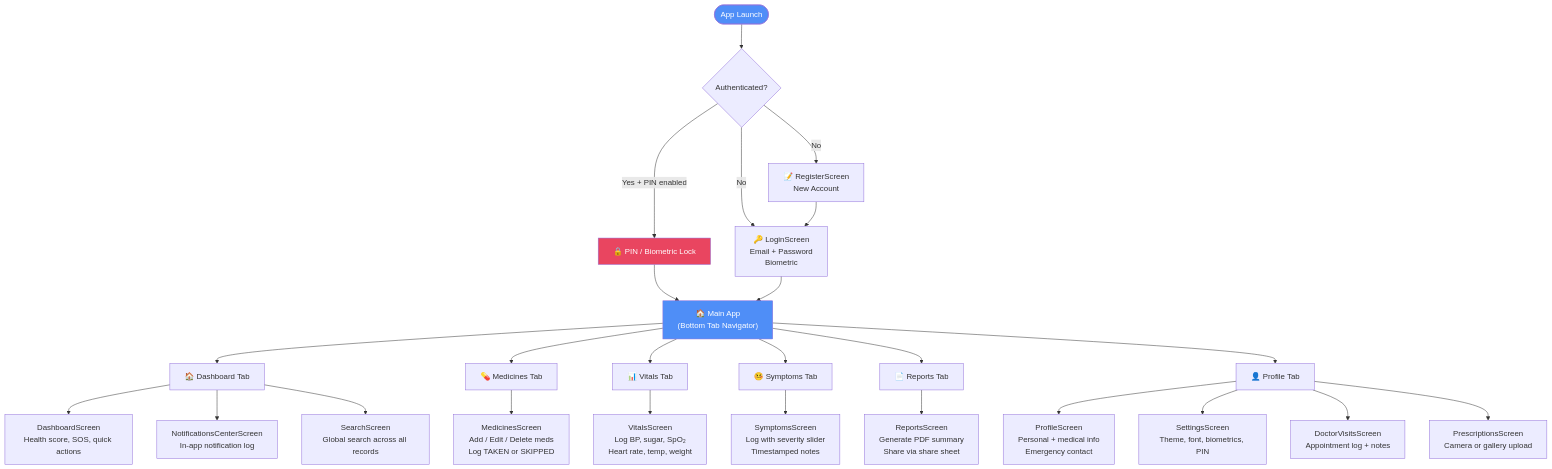
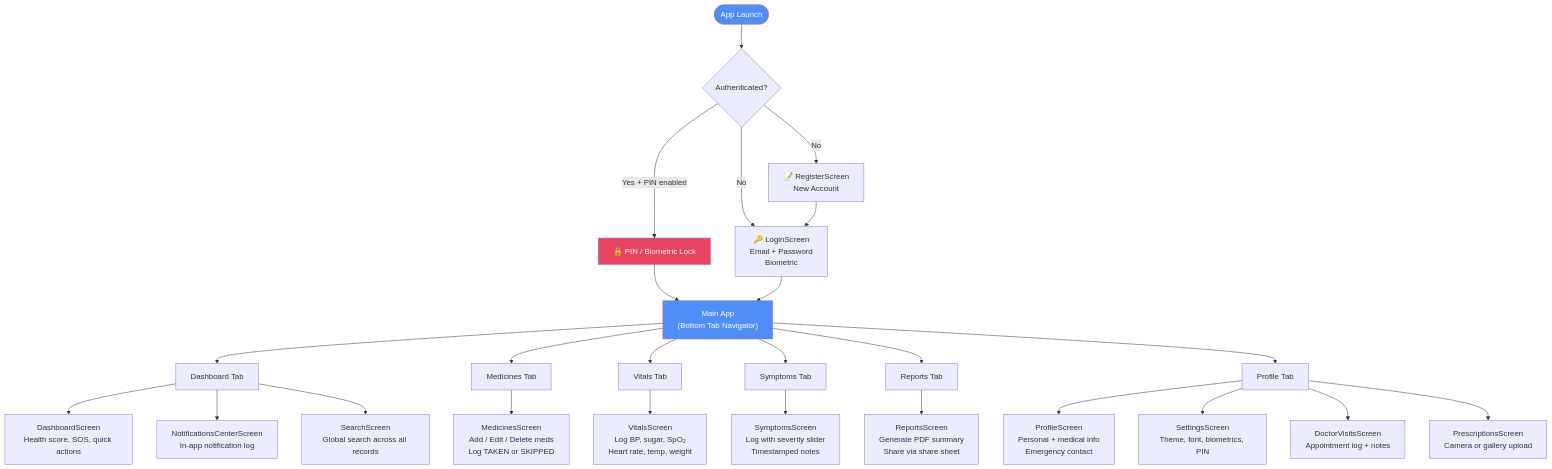
The third of 4 diagrams in README.md (GITadiiii/MediTrack), drawn with Mermaid before and after one commit. The commit also changed other lines of this file, not shown here.

````diff
--- a/README.md
+++ b/README.md
@@ -389,41 +389,41 @@
 ```mermaid
 flowchart TD
     LAUNCH([App Launch]) --> AUTHCHECK{Authenticated?}
 
     AUTHCHECK -->|No| LOGIN[🔑 LoginScreen\nEmail + Password\nBiometric]
     AUTHCHECK -->|No| REGISTER[📝 RegisterScreen\nNew Account]
     AUTHCHECK -->|Yes + PIN enabled| PIN[🔒 PIN / Biometric Lock]
     PIN --> MAIN
     LOGIN --> MAIN
     REGISTER --> LOGIN
 
-    MAIN["🏠 Main App\n(Bottom Tab Navigator)"]
+    MAIN[" Main App\n(Bottom Tab Navigator)"]
 
-    MAIN --> TAB1["🏠 Dashboard Tab"]
-    MAIN --> TAB2["💊 Medicines Tab"]
-    MAIN --> TAB3["📊 Vitals Tab"]
-    MAIN --> TAB4["🤒 Symptoms Tab"]
-    MAIN --> TAB5["📄 Reports Tab"]
-    MAIN --> TAB6["👤 Profile Tab"]
+    MAIN --> TAB1[" Dashboard Tab"]
+    MAIN --> TAB2[" Medicines Tab"]
+    MAIN --> TAB3[" Vitals Tab"]
+    MAIN --> TAB4[" Symptoms Tab"]
+    MAIN --> TAB5[" Reports Tab"]
+    MAIN --> TAB6[" Profile Tab"]
 
     TAB1 --> D1[DashboardScreen\nHealth score, SOS, quick actions]
     TAB1 --> D2[NotificationsCenterScreen\nIn-app notification log]
     TAB1 --> D3[SearchScreen\nGlobal search across all records]
 
     TAB2 --> M1[MedicinesScreen\nAdd / Edit / Delete meds\nLog TAKEN or SKIPPED]
 
     TAB3 --> V1[VitalsScreen\nLog BP, sugar, SpO₂\nHeart rate, temp, weight]
 
     TAB4 --> S1[SymptomsScreen\nLog with severity slider\nTimestamped notes]
 
     TAB5 --> R1[ReportsScreen\nGenerate PDF summary\nShare via share sheet]
 
     TAB6 --> P1[ProfileScreen\nPersonal + medical info\nEmergency contact]
     TAB6 --> P2[SettingsScreen\nTheme, font, biometrics, PIN]
     TAB6 --> P3[DoctorVisitsScreen\nAppointment log + notes]
     TAB6 --> P4[PrescriptionsScreen\nCamera or gallery upload]
 
     style LAUNCH fill:#4f8ef7,color:#fff
     style MAIN fill:#4f8ef7,color:#fff
     style PIN fill:#e94560,color:#fff
 ```
````
